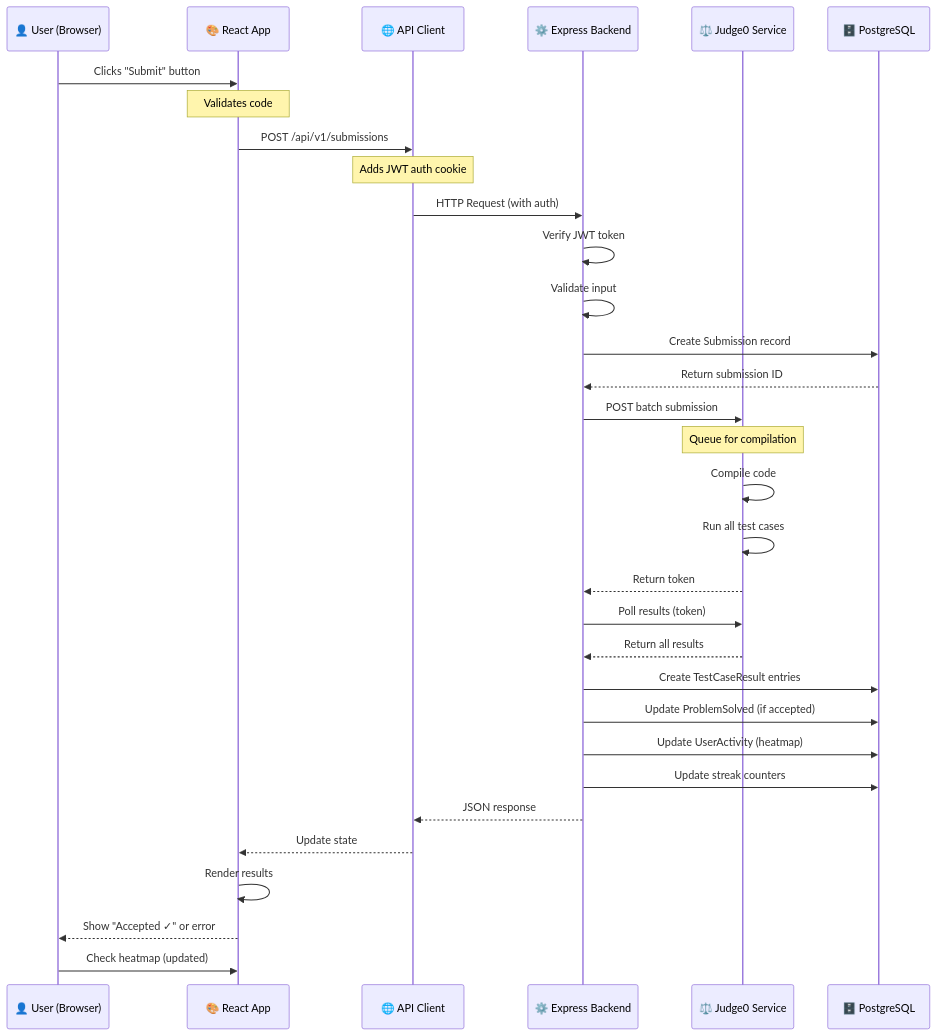
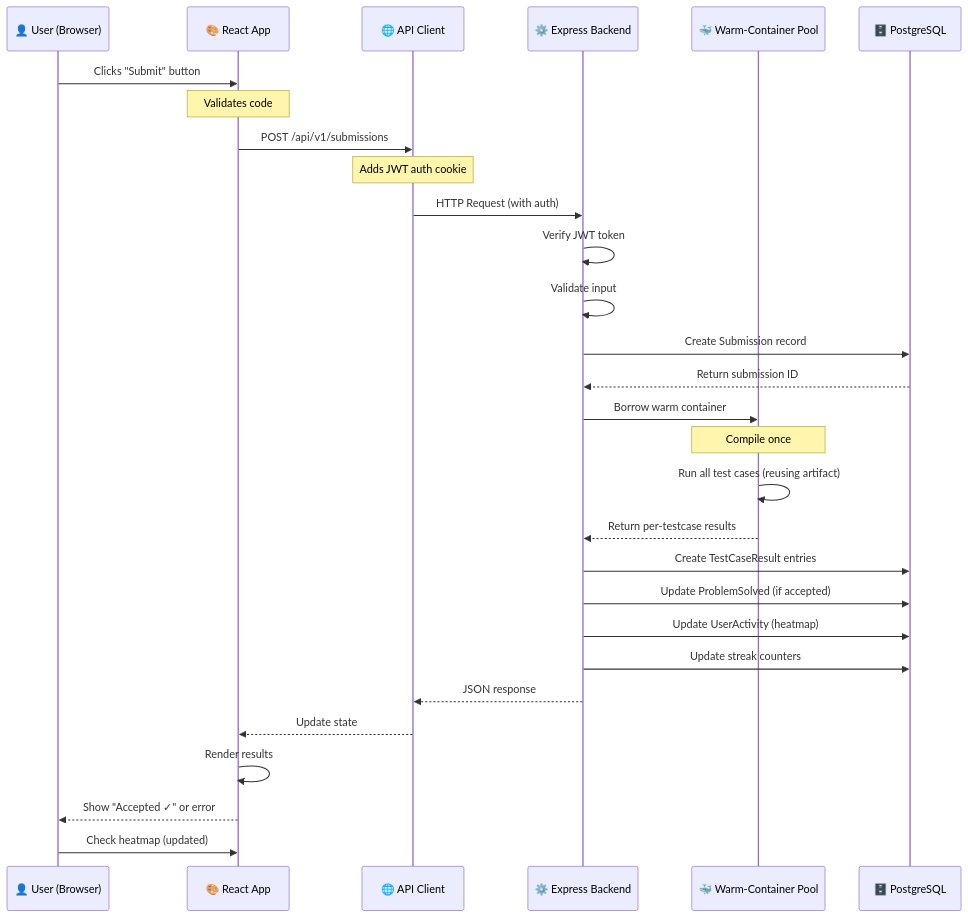
Before and after one commit to Abhinandankaushik/LeetLab: the second of 5 diagrams in README.md, drawn with Mermaid. The commit also changed other lines of this file and 26 other files, not shown here.

````diff
--- a/README.md
+++ b/README.md
@@ -216,40 +216,36 @@
 ```mermaid
 sequenceDiagram
     participant User as 👤 User (Browser)
     participant Frontend as 🎨 React App
     participant API as 🌐 API Client
     participant Backend as ⚙️ Express Backend
-    participant Judge0 as ⚖️ Judge0 Service
+    participant Executor as 🐳 Warm-Container Pool
     participant Database as 🗄️ PostgreSQL
 
     User->>Frontend: Clicks "Submit" button
     Note over Frontend: Validates code
     Frontend->>API: POST /api/v1/submissions
     Note over API: Adds JWT auth cookie
     
     API->>Backend: HTTP Request (with auth)
     Backend->>Backend: Verify JWT token
     Backend->>Backend: Validate input
     Backend->>Database: Create Submission record
     Database-->>Backend: Return submission ID
     
-    Backend->>Judge0: POST batch submission
-    Note over Judge0: Queue for compilation
-    Judge0->>Judge0: Compile code
-    Judge0->>Judge0: Run all test cases
-    Judge0-->>Backend: Return token
-    
-    Backend->>Judge0: Poll results (token)
-    Judge0-->>Backend: Return all results
+    Backend->>Executor: Borrow warm container
+    Note over Executor: Compile once
+    Executor->>Executor: Run all test cases (reusing artifact)
+    Executor-->>Backend: Return per-testcase results
     
     Backend->>Database: Create TestCaseResult entries
     Backend->>Database: Update ProblemSolved (if accepted)
     Backend->>Database: Update UserActivity (heatmap)
     Backend->>Database: Update streak counters
     
     Backend-->>API: JSON response
     API-->>Frontend: Update state
     Frontend->>Frontend: Render results
     Frontend-->>User: Show "Accepted ✓" or error
     User->>Frontend: Check heatmap (updated)
 ```
````
